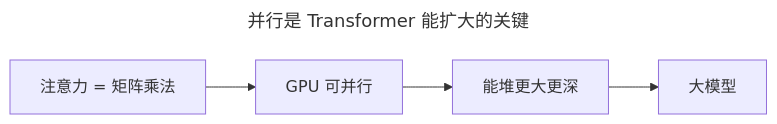
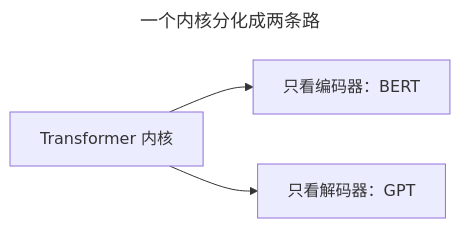
One commit to Joneyao/dl-from-scratch changed the eighth of 8 diagrams in docs/articles/20-transformer.md. Above: the diagram before and after it, drawn with Mermaid. The commit also changed other lines of this file and 20 other files, not shown here.

Commit message:
docs(dl): 22篇深度扩写（8层模板）+ mermaid修复

````diff
--- a/docs/articles/20-transformer.md
+++ b/docs/articles/20-transformer.md
@@ -78,9 +156,8 @@
 ```mermaid
 ---
-title: 并行是 Transformer 能扩大的关键
+title: 一个内核分化成两条路
 ---
 flowchart LR
-    A[注意力 = 矩阵乘法] --> B[GPU 可并行]
-    B --> C[能堆更大更深]
-    C --> D[大模型]
+    A[Transformer 内核] --> B[只看编码器：BERT]
+    A --> C[只看解码器：GPT]
 ```
````
